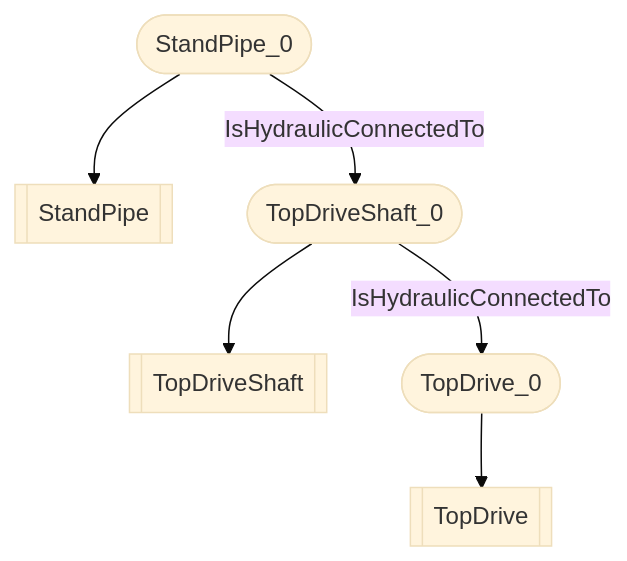
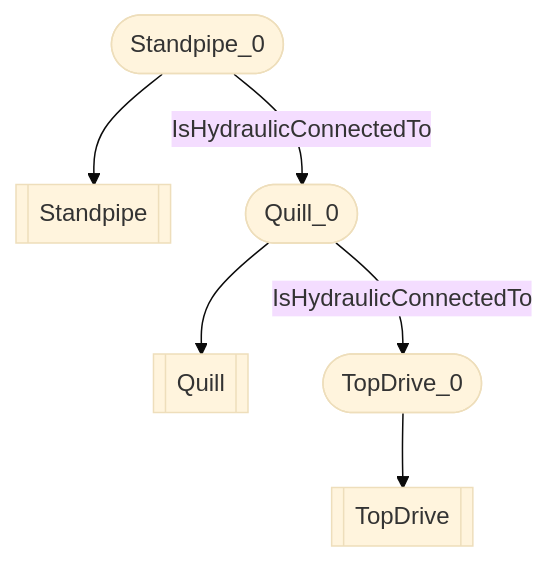
Before and after one commit to D-WIS/DDHub-Semantic-Interoperability: the diagram in docs/vocabulary_development/examples/Top-drive hydraulic circuit.md, drawn with Mermaid (base theme). The commit also changed other lines of this file and 28 other files, not shown here.

````diff
--- a/docs/vocabulary_development/examples/Top-drive hydraulic circuit.md
+++ b/docs/vocabulary_development/examples/Top-drive hydraulic circuit.md
@@ -7,8 +7,8 @@
 ```mermaid
 flowchart TD
-	StandPipe_0([StandPipe_0]) --> StandPipe[[StandPipe]]
-	TopDriveShaft_0([TopDriveShaft_0]) --> TopDriveShaft[[TopDriveShaft]]
+	Standpipe_0([Standpipe_0]) --> Standpipe[[Standpipe]]
+	Quill_0([Quill_0]) --> Quill[[Quill]]
 	TopDrive_0([TopDrive_0]) --> TopDrive[[TopDrive]]
-	 StandPipe_0 -- IsHydraulicConnectedTo --> TopDriveShaft_0 
-	 TopDriveShaft_0 -- IsHydraulicConnectedTo --> TopDrive_0 
+	 Standpipe_0 -- IsHydraulicConnectedTo --> Quill_0 
+	 Quill_0 -- IsHydraulicConnectedTo --> TopDrive_0 
 ```
````
